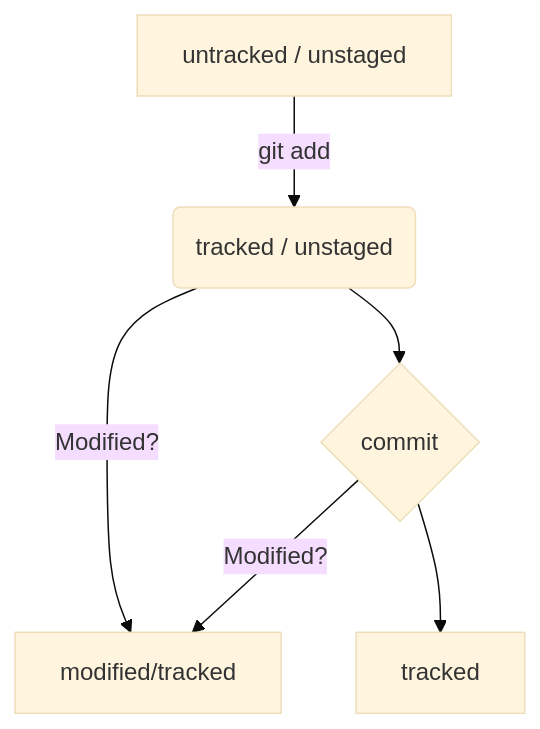
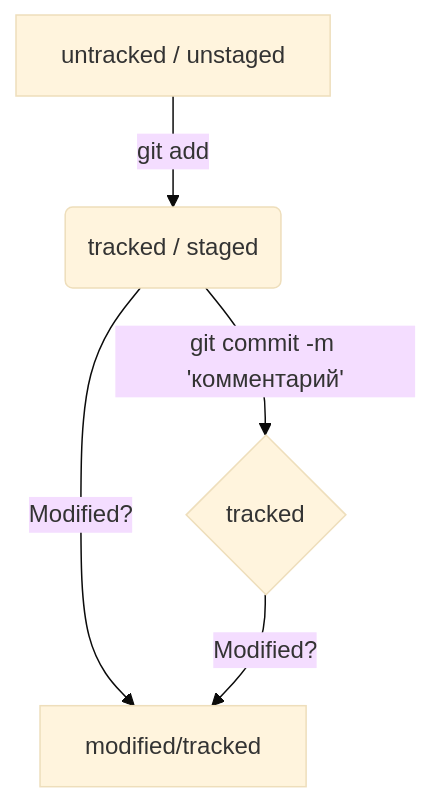
One commit to Praidset/practicalwork changed the diagram in README.MD. Above: the diagram before and after it, drawn with Mermaid (base theme).

````diff
--- a/README.MD
+++ b/README.MD
@@ -109,7 +109,6 @@
 ```mermaid
 flowchart TD;
-    A[untracked / unstaged] -->|git add | B(tracked / unstaged) --> |Modified?|F;
-    B --> C{commit};
-    C --> E[tracked];
+    A[untracked / unstaged] -->|git add | B(tracked / staged) --> |Modified?|F;
+    B --> |git commit -m 'комментарий'|C{tracked};
     C -->|Modified?| F[modified/tracked];
 ```
````
